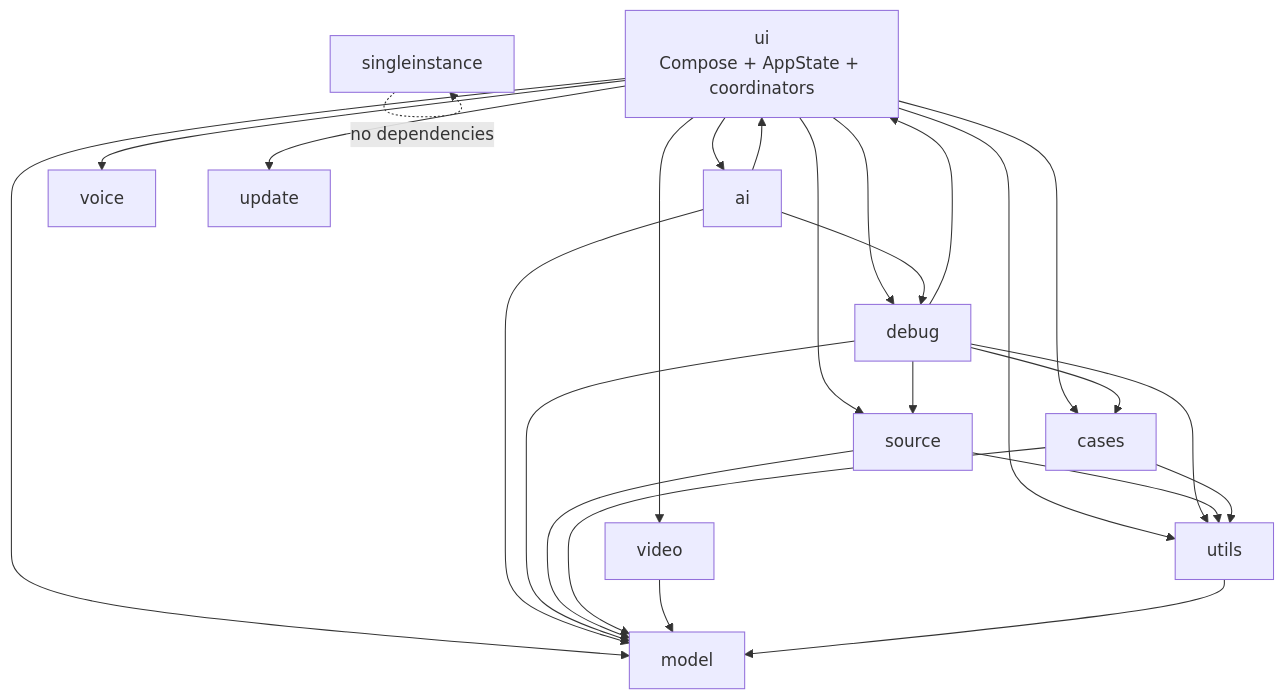
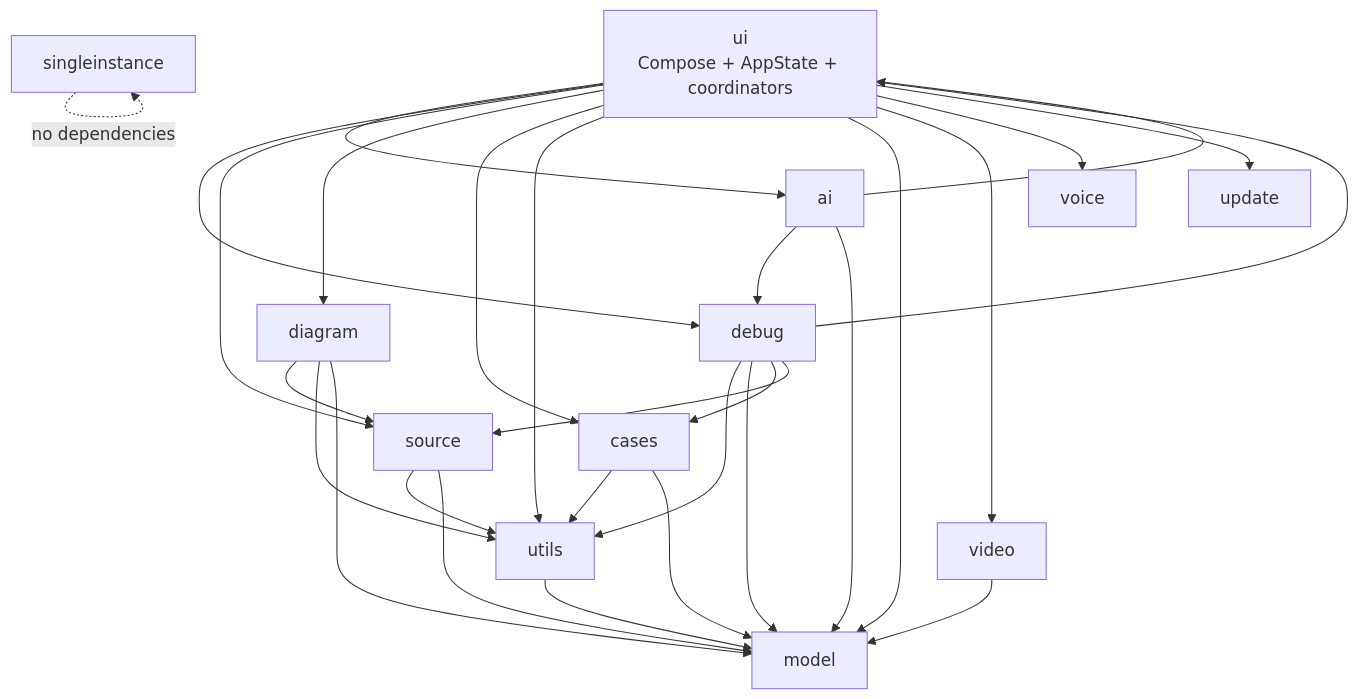
The third of 14 diagrams in docs/SAAD.md (indagium/indagium), drawn with Mermaid before and after one commit. The commit also changed other lines of this file and 45 other files, not shown here.

Commit message:
Complete diagram workspace and source indexing updates

````diff
--- a/docs/SAAD.md
+++ b/docs/SAAD.md
@@ -386,43 +397,48 @@
 ```mermaid
 flowchart TB
     ui["ui<br/>Compose + AppState + coordinators"]
     ai["ai"]
     debug["debug"]
     source["source"]
+    diagram["diagram"]
     cases["cases"]
     utils["utils"]
     model["model"]
     video["video"]
     voice["voice"]
     update["update"]
     single["singleinstance"]
 
     ui --> ai
     ui --> debug
     ui --> source
+    ui --> diagram
     ui --> cases
     ui --> utils
     ui --> model
     ui --> video
     ui --> voice
     ui --> update
 
     ai --> debug
     ai --> ui
     ai --> model
 
     debug --> ui
     debug --> utils
     debug --> model
     debug --> cases
     debug --> source
 
     source --> utils
     source --> model
+    diagram --> source
+    diagram --> utils
+    diagram --> model
     cases --> utils
     cases --> model
     video --> model
     utils --> model
 
     single -.->|"no dependencies"| single
 ```
````
